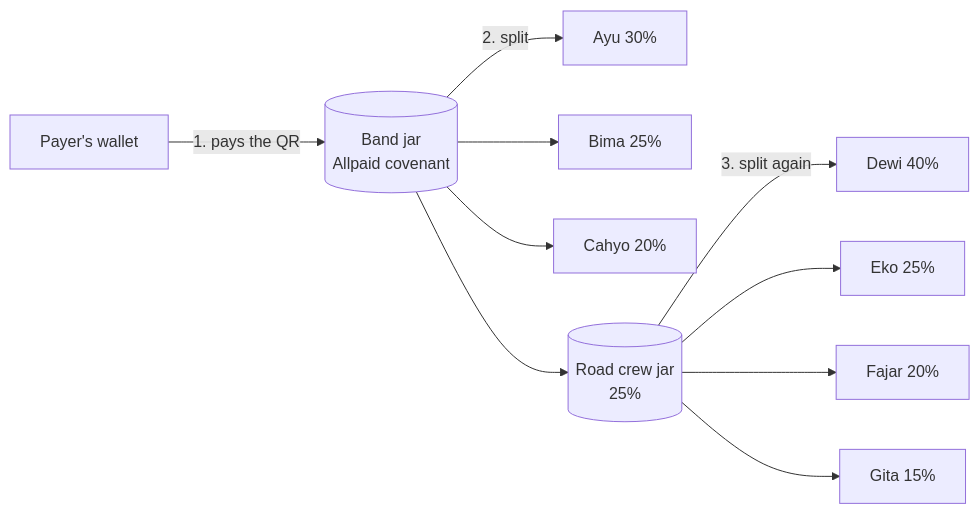
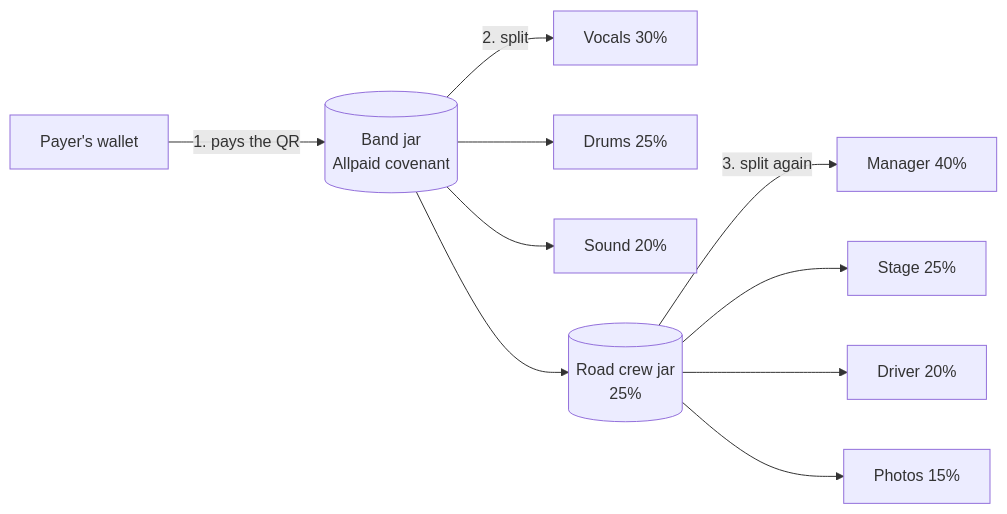
The diagram in README.md (Stylenexy/allpaid), drawn with Mermaid before and after one commit. The commit also changed other lines of this file and 35 other files, not shown here.

Commit message:
V2: scroll-pinned split sequence, page-wide stage glow, nested use-case trees, locking cheat demo, copy and contrast fixes

````diff
--- a/README.md
+++ b/README.md
@@ -50,12 +50,12 @@
 ```mermaid
 flowchart LR
   P[Payer's wallet] -- 1. pays the QR --> J[(Band jar<br/>Allpaid covenant)]
-  J -- 2. split --> A[Ayu 30%]
-  J --> B[Bima 25%]
-  J --> C[Cahyo 20%]
+  J -- 2. split --> A[Vocals 30%]
+  J --> B[Drums 25%]
+  J --> C[Sound 20%]
   J --> R[(Road crew jar<br/>25%)]
-  R -- 3. split again --> D[Dewi 40%]
-  R --> E[Eko 25%]
-  R --> F[Fajar 20%]
-  R --> G[Gita 15%]
+  R -- 3. split again --> D[Manager 40%]
+  R --> E[Stage 25%]
+  R --> F[Driver 20%]
+  R --> G[Photos 15%]
 ```
````
